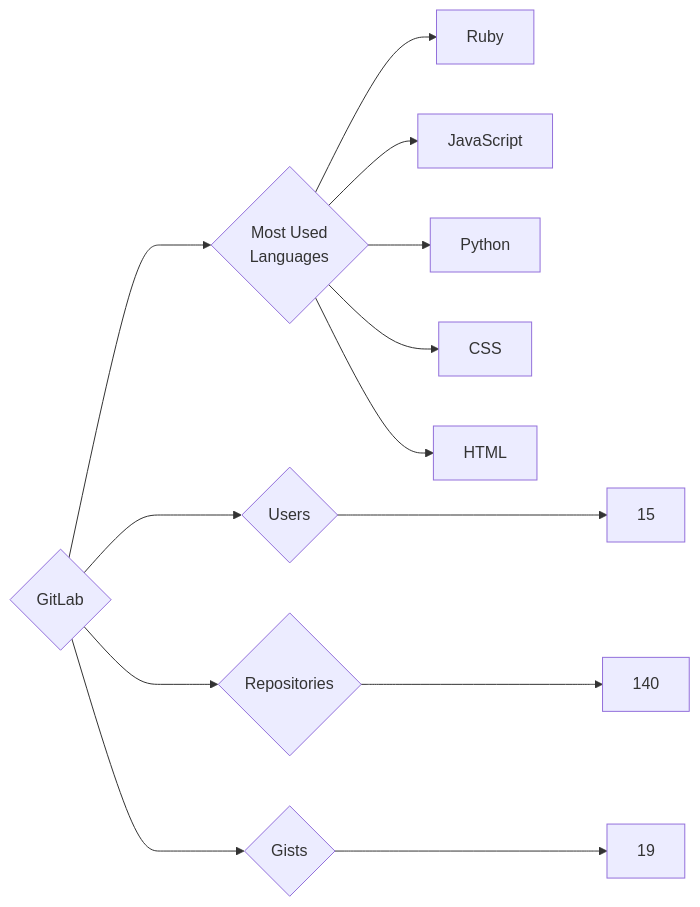
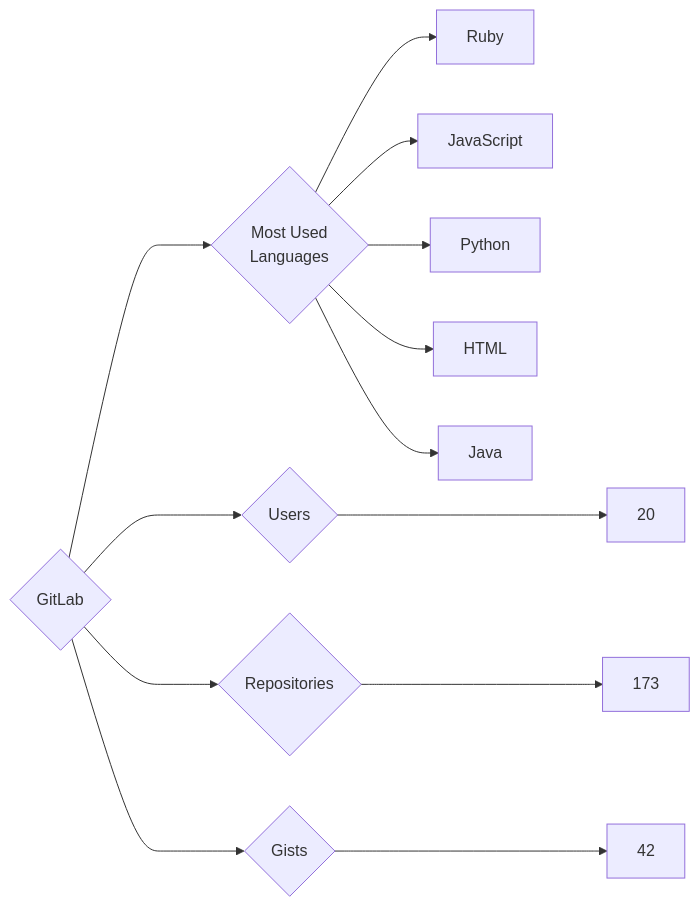
Before and after one commit to trickest/insiders: the diagram in targets/GitLab/README.md, drawn with Mermaid. The commit also changed 924 other files, not shown here.

````diff
--- a/targets/GitLab/README.md
+++ b/targets/GitLab/README.md
@@ -3,13 +3,13 @@
 ```mermaid
 graph LR
 COMPANY_NAME{GitLab}
-COMPANY_NAME ---> U{Users} ---> UN[15]
-COMPANY_NAME ---> R{Repositories} ---> RN[140]
-COMPANY_NAME ---> G{Gists} ---> GN[19]
+COMPANY_NAME ---> U{Users} ---> UN[20]
+COMPANY_NAME ---> R{Repositories} ---> RN[173]
+COMPANY_NAME ---> G{Gists} ---> GN[42]
 COMPANY_NAME ---> ML{Most Used<br>Languages}
 ML --> Ruby[Ruby]
 ML --> JavaScript[JavaScript]
 ML --> Python[Python]
-ML --> CSS[CSS]
 ML --> HTML[HTML]
+ML --> Java[Java]
 ```
````
